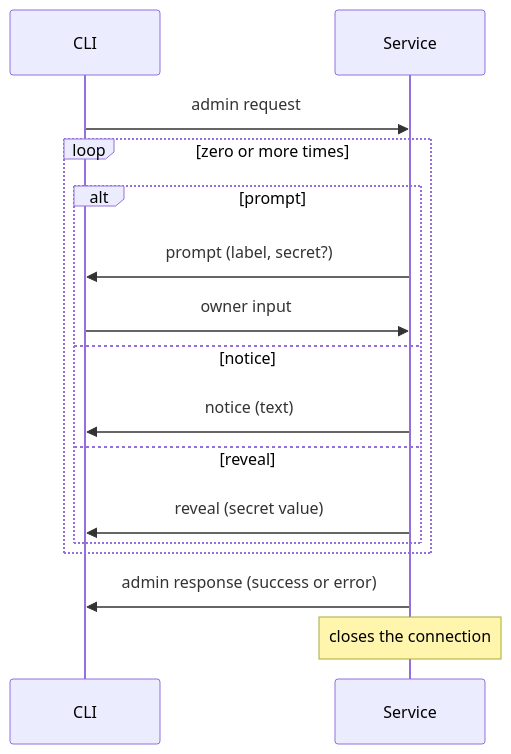
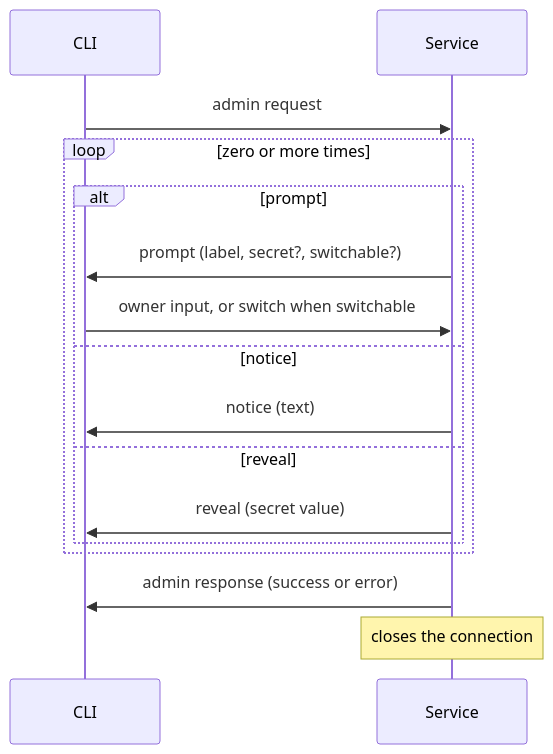
One commit to CjS77/iron-vault changed the diagram in design/admin-protocol.md. Above: the diagram before and after it, drawn with Mermaid. The commit also changed other lines of this file and 1 other file, not shown here.

Commit message:
docs(design): the switchable prompt flag and the switch frame in the admin protocol

````diff
--- a/design/admin-protocol.md
+++ b/design/admin-protocol.md
@@ -31,18 +32,18 @@
 ```mermaid
 sequenceDiagram
     participant CLI
     participant Service
     CLI->>Service: admin request
     loop zero or more times
         alt prompt
-            Service->>CLI: prompt (label, secret?)
-            CLI->>Service: owner input
+            Service->>CLI: prompt (label, secret?, switchable?)
+            CLI->>Service: owner input, or switch when switchable
         else notice
             Service->>CLI: notice (text)
         else reveal
             Service->>CLI: reveal (secret value)
         end
     end
     Service->>CLI: admin response (success or error)
     Note over Service: closes the connection
 ```
````
